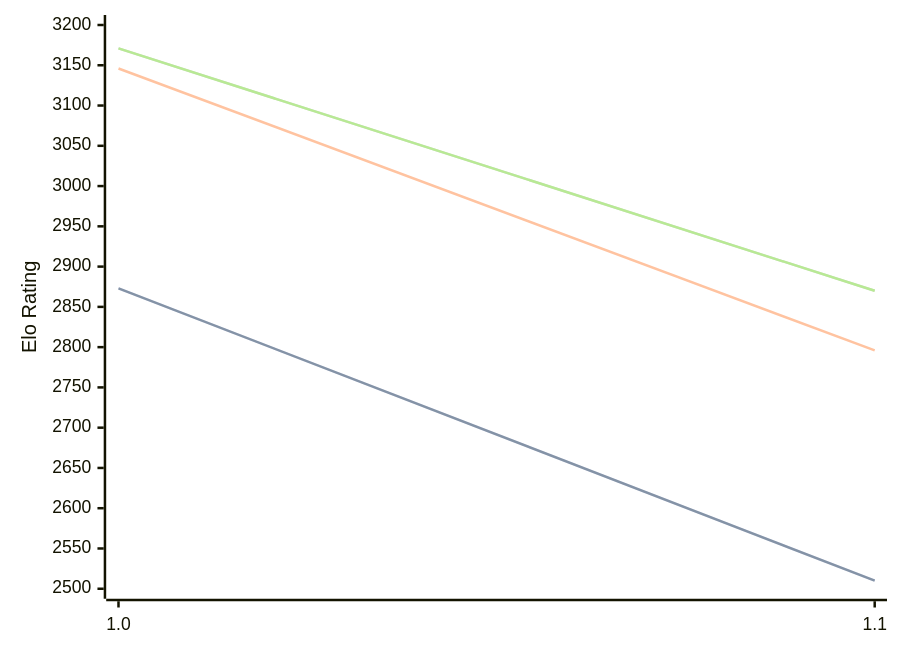
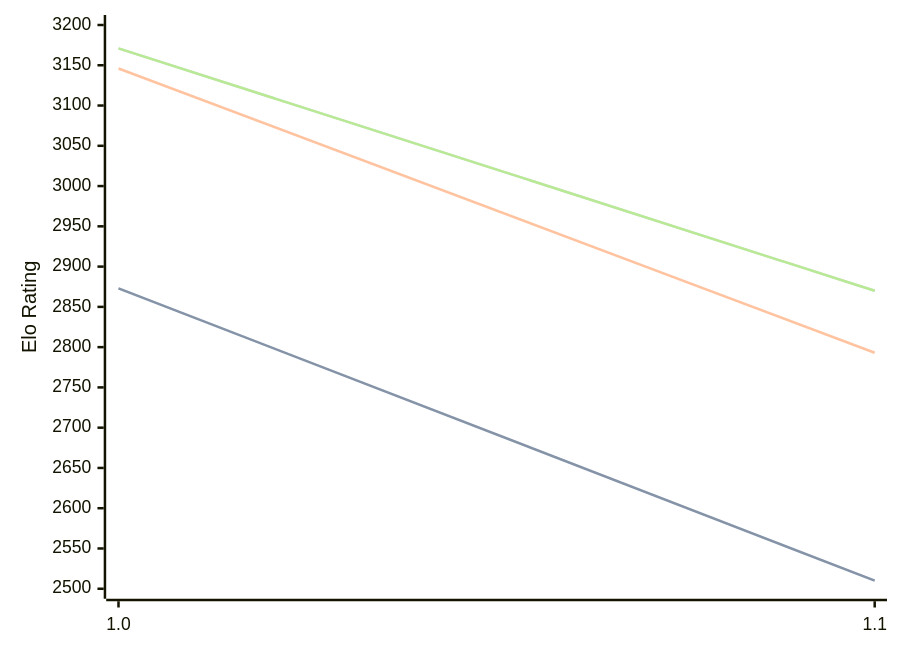
Before and after one commit to computer-chess-index/cci: the diagram in engines/Publius.md, drawn with Mermaid. The commit also changed other lines of this file, not shown here.

````diff
--- a/engines/Publius.md
+++ b/engines/Publius.md
@@ -32,11 +32,11 @@
 ```mermaid
 %%{init: {"theme":"base","themeVariables":{"seriesColors:['#a3a3a3','#222221','#faa371']}}}%%
 xychart-beta
   x-axis ["1.0", "1.1"]
   y-axis "Elo Rating" 2500 --> 3200
   line "STC (8.0+0.08s)" [2873, 2510]
   line "STC (8.0+0.08s)" [2873, 2510]
-  line "LTC (60.0+0.60s)" [3146, 2796]
+  line "LTC (60.0+0.60s)" [3146, 2793]
   line "VLTC (2m24s+1.12s)" [3171, 2870]
   line "VLTC (2m24s+1.12s)" [3171, 2870]
 ```
````
